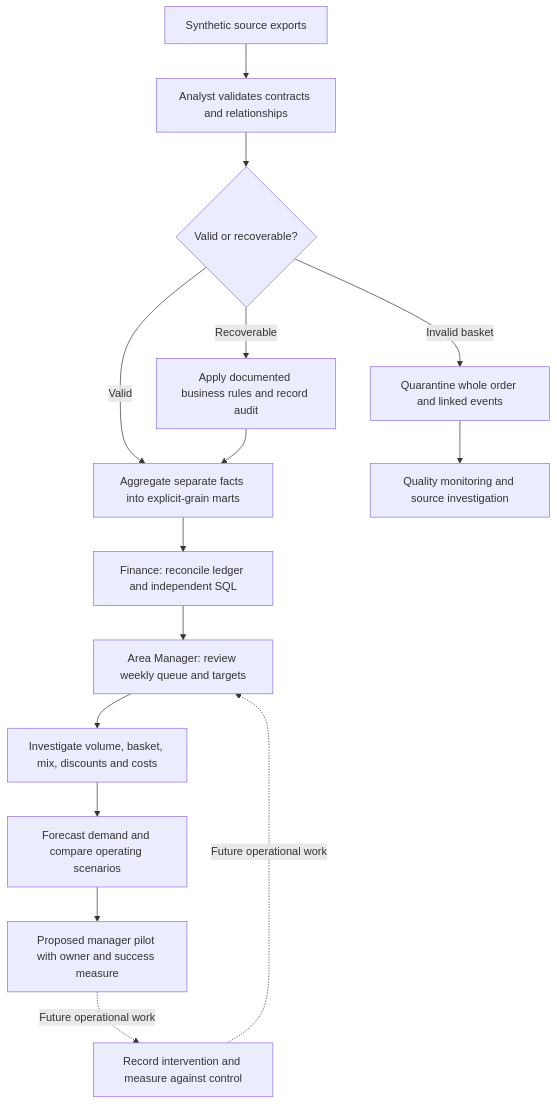
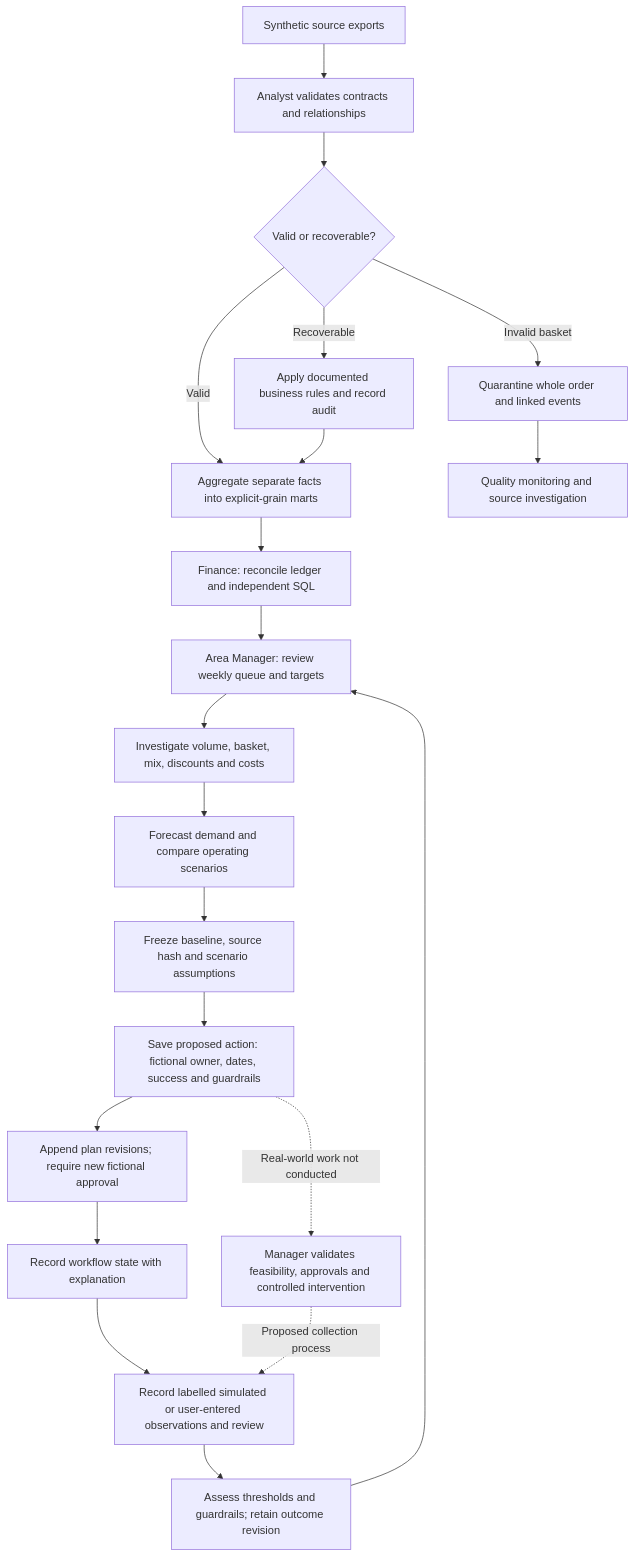
The second of 2 diagrams in docs/process_maps.md (yashayyy27/RESTOPS), drawn with Mermaid before and after one commit. The commit also changed other lines of this file and 57 other files, not shown here.

````diff
--- a/docs/process_maps.md
+++ b/docs/process_maps.md
@@ -26,17 +26,23 @@
 ```mermaid
 flowchart TD
     Export[Synthetic source exports] --> Validate[Analyst validates contracts and relationships]
     Validate --> Gate{Valid or recoverable?}
     Gate -->|Recoverable| Repair[Apply documented business rules and record audit]
     Gate -->|Invalid basket| Reject[Quarantine whole order and linked events]
     Gate -->|Valid| Marts[Aggregate separate facts into explicit-grain marts]
     Repair --> Marts
     Reject --> Audit[Quality monitoring and source investigation]
     Marts --> Reconcile[Finance: reconcile ledger and independent SQL]
     Reconcile --> Queue[Area Manager: review weekly queue and targets]
     Queue --> Diagnose[Investigate volume, basket, mix, discounts and costs]
     Diagnose --> Estimate[Forecast demand and compare operating scenarios]
-    Estimate --> Pilot[Proposed manager pilot with owner and success measure]
-    Pilot -. Future operational work .-> Measure[Record intervention and measure against control]
-    Measure -. Future operational work .-> Queue
+    Estimate --> Snapshot[Freeze baseline, source hash and scenario assumptions]
+    Snapshot --> Pilot[Save proposed action: fictional owner, dates, success and guardrails]
+    Pilot --> Revision[Append plan revisions; require new fictional approval]
+    Revision --> Status[Record workflow state with explanation]
+    Status --> Measure[Record labelled simulated or user-entered observations and review]
+    Measure --> Review[Assess thresholds and guardrails; retain outcome revision]
+    Review --> Queue
+    Pilot -. Real-world work not conducted .-> Actual[Manager validates feasibility, approvals and controlled intervention]
+    Actual -. Proposed collection process .-> Measure
 ```
````
